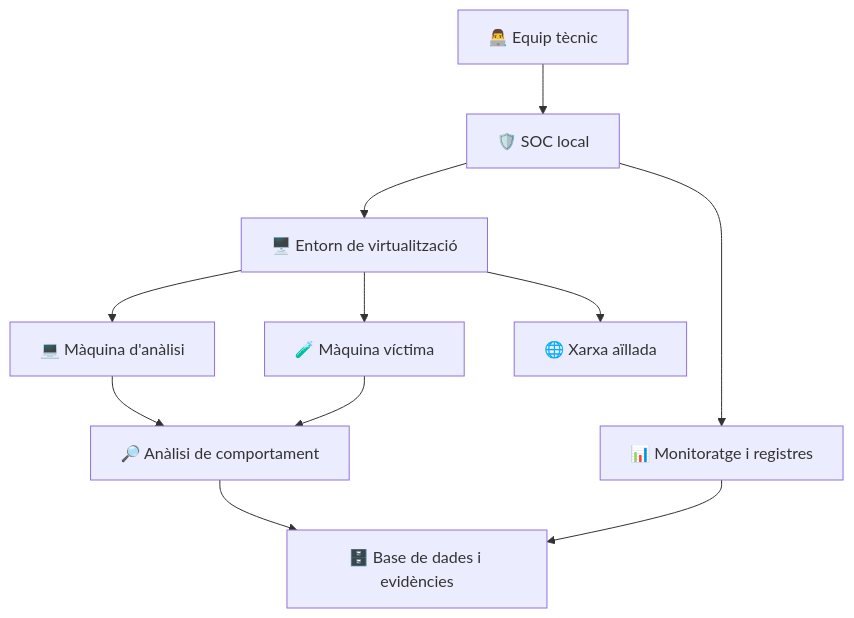
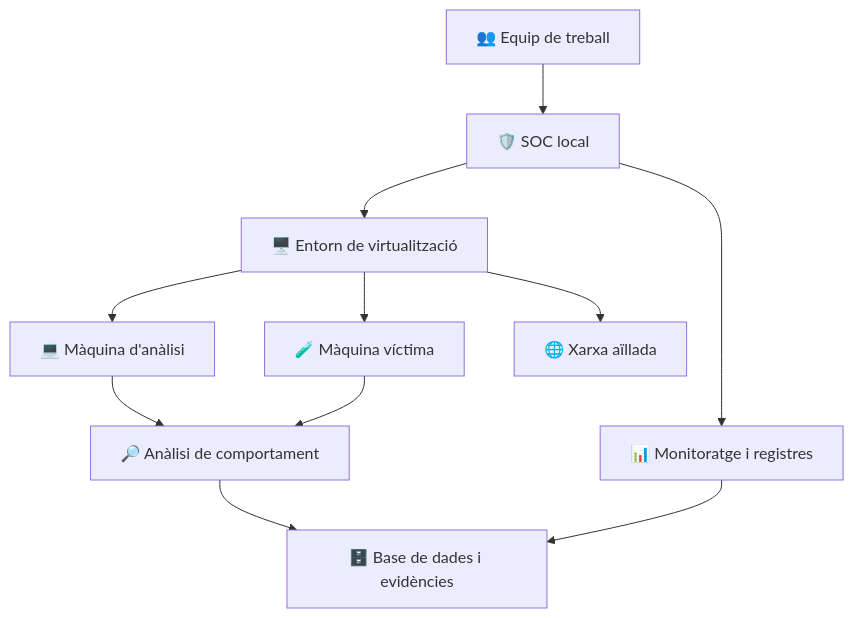
One commit to edugordo/CASIX2627 changed the diagram in Proyecto1/README.md. Above: the diagram before and after it, drawn with Mermaid. The commit also changed other lines of this file, not shown here.

````diff
--- a/Proyecto1/README.md
+++ b/Proyecto1/README.md
@@ -131,13 +136,13 @@
 ```mermaid
 flowchart TB
-    A["👨‍💻 Equip tècnic"] --> B["🛡️ SOC local"]
+    A["👥 Equip de treball"] --> B["🛡️ SOC local"]
     B --> C["📊 Monitoratge i registres"]
     B --> D["🖥️ Entorn de virtualització"]
     D --> E["💻 Màquina d'anàlisi"]
     D --> F["🧪 Màquina víctima"]
     D --> G["🌐 Xarxa aïllada"]
     E --> H["🔎 Anàlisi de comportament"]
     F --> H
     H --> I["🗄️ Base de dades i evidències"]
     C --> I
 ```
````
